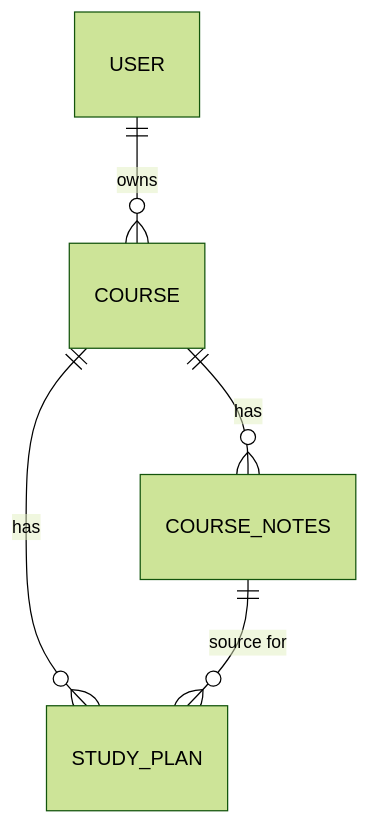
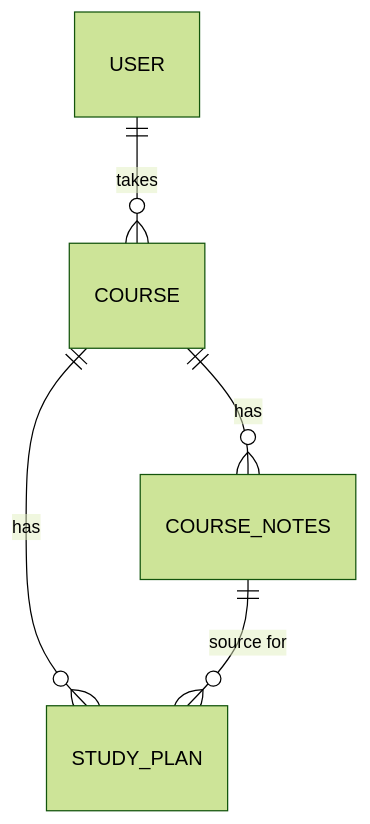
The second of 3 diagrams in SystemArchitecture.md (anouribrahim10/GradePilot), drawn with Mermaid (forest theme) before and after one commit.

Commit message:
docs: update ER diagram relationship label from owns to takes

````diff
--- a/SystemArchitecture.md
+++ b/SystemArchitecture.md
@@ -25,7 +25,7 @@
 ```mermaid
 erDiagram
-    USER ||--o{ COURSE : owns
+    USER ||--o{ COURSE : takes
     COURSE ||--o{ COURSE_NOTES : has
     COURSE ||--o{ STUDY_PLAN : has
     COURSE_NOTES ||--o{ STUDY_PLAN : "source for"
 ```
````
